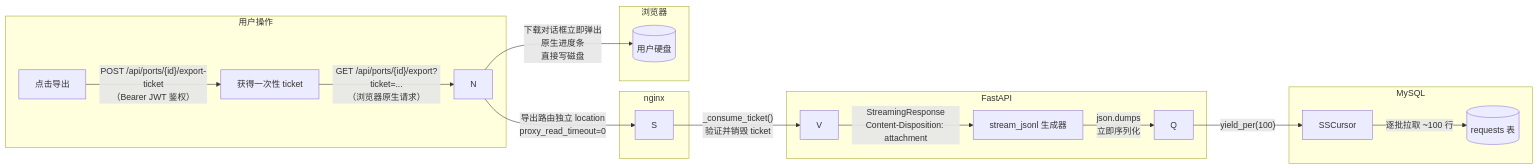
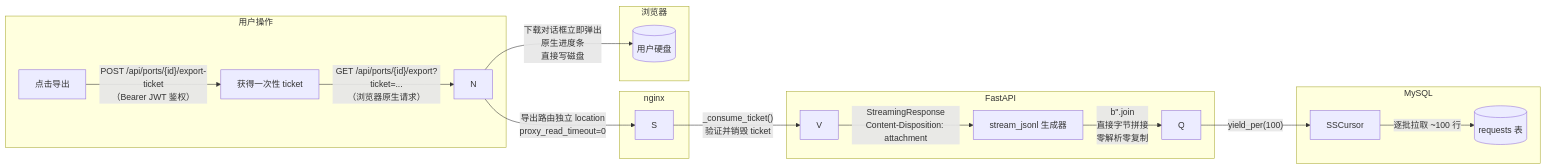
One commit to HaoCheng-Wang/llm-proxy changed the ninth of 14 diagrams in README.md. Above: the diagram before and after it, drawn with Mermaid. The commit also changed other lines of this file, not shown here.

First line of the commit message:
docs: document per-row JSON optimization in export architecture

````diff
--- a/README.md
+++ b/README.md
@@ -399,22 +399,22 @@
 ```mermaid
 flowchart LR
     subgraph 用户操作
         U[点击导出] -->|"POST /api/ports/{id}/export-ticket<br/>（Bearer JWT 鉴权）"| T
         T[获得一次性 ticket] -->|"GET /api/ports/{id}/export?ticket=...<br/>（浏览器原生请求）"| N
     end
     subgraph nginx
         N -->|"导出路由独立 location<br/>proxy_read_timeout=0"| S
     end
     subgraph FastAPI
         S -->|"_consume_ticket()<br/>验证并销毁 ticket"| V
         V -->|"StreamingResponse<br/>Content-Disposition: attachment"| G
-        G[stream_jsonl 生成器] -->|"json.dumps<br/>立即序列化"| Q
+        G[stream_jsonl 生成器] -->|"b''.join<br/>直接字节拼接<br/>零解析零复制"| Q
     end
     subgraph MySQL
         Q -->|"yield_per(100)"| C[SSCursor]
         C -->|"逐批拉取 ~100 行"| D[(requests 表)]
     end
     subgraph 浏览器
         N -->|"下载对话框立即弹出<br/>原生进度条<br/>直接写磁盘"| F[(用户硬盘)]
     end
 ```
````
